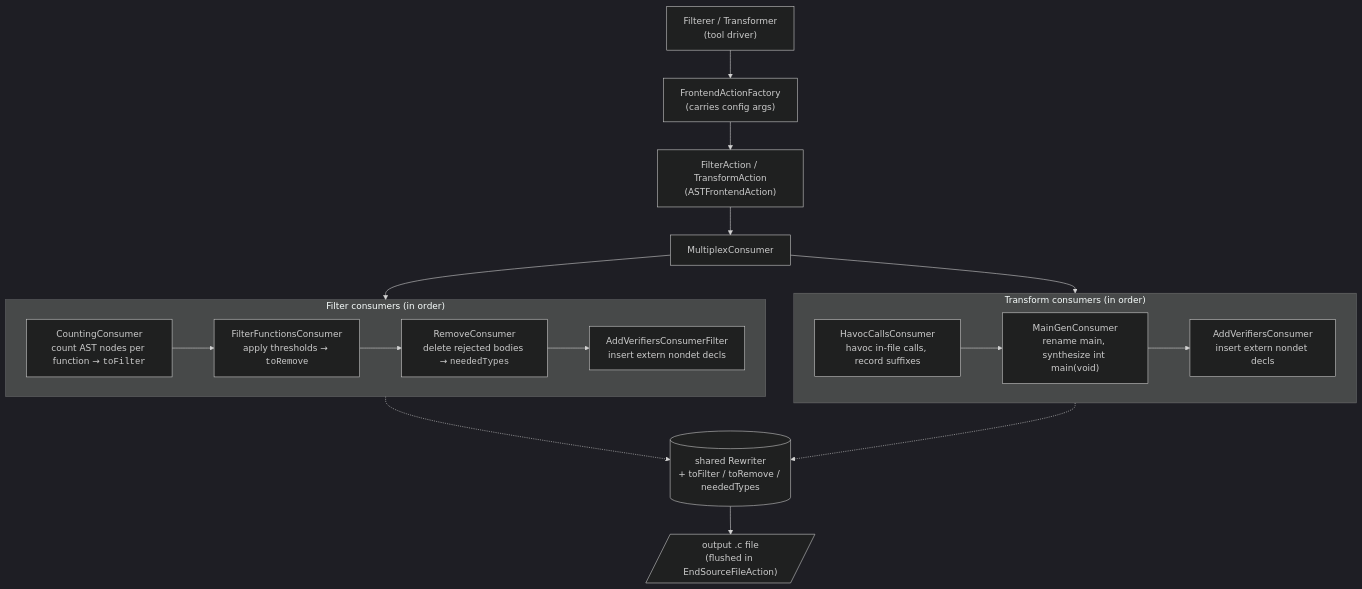
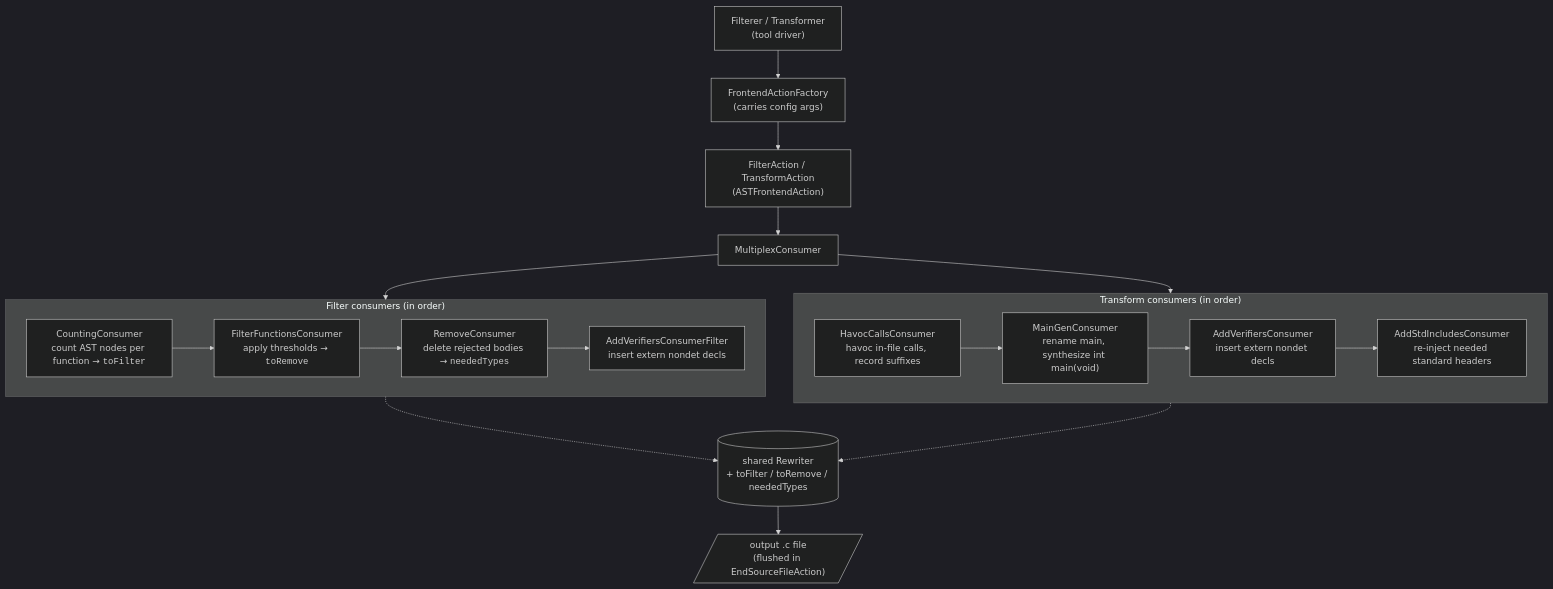
One commit to unl-pal/argv-c-transformer changed the second of 2 diagrams in Design.md. Above: the diagram before and after it, drawn with Mermaid (dark theme). The commit also changed other lines of this file and 4 other files, not shown here.

````diff
--- a/Design.md
+++ b/Design.md
@@ -207,32 +223,33 @@
 ```mermaid
 flowchart TB
     DRV["Filterer / Transformer<br/>(tool driver)"]
     FAC["FrontendActionFactory<br/>(carries config args)"]
     ACT["FilterAction / TransformAction<br/>(ASTFrontendAction)"]
     MUX["MultiplexConsumer"]
 
     DRV --> FAC --> ACT --> MUX
 
     subgraph filterC["Filter consumers (in order)"]
         F1["CountingConsumer<br/>count AST nodes per function → <code>toFilter</code>"]
         F2["FilterFunctionsConsumer<br/>apply thresholds → <code>toRemove</code>"]
         F3["RemoveConsumer<br/>delete rejected bodies → <code>neededTypes</code>"]
         F4["AddVerifiersConsumerFilter<br/>insert extern nondet decls"]
         F1 --> F2 --> F3 --> F4
     end
 
     subgraph transformC["Transform consumers (in order)"]
         T1["HavocCallsConsumer<br/>havoc in-file calls, record suffixes"]
         T2["MainGenConsumer<br/>rename main, synthesize int main(void)"]
         T3["AddVerifiersConsumer<br/>insert extern nondet decls"]
-        T1 --> T2 --> T3
+        T4["AddStdIncludesConsumer<br/>re-inject needed standard headers"]
+        T1 --> T2 --> T3 --> T4
     end
 
     MUX --> filterC
     MUX --> transformC
 
     RW[("shared Rewriter<br/>+ toFilter / toRemove / neededTypes")]
     filterC -.-> RW
     transformC -.-> RW
     RW --> OUT[/"output .c file<br/>(flushed in EndSourceFileAction)"/]
 ```
````
